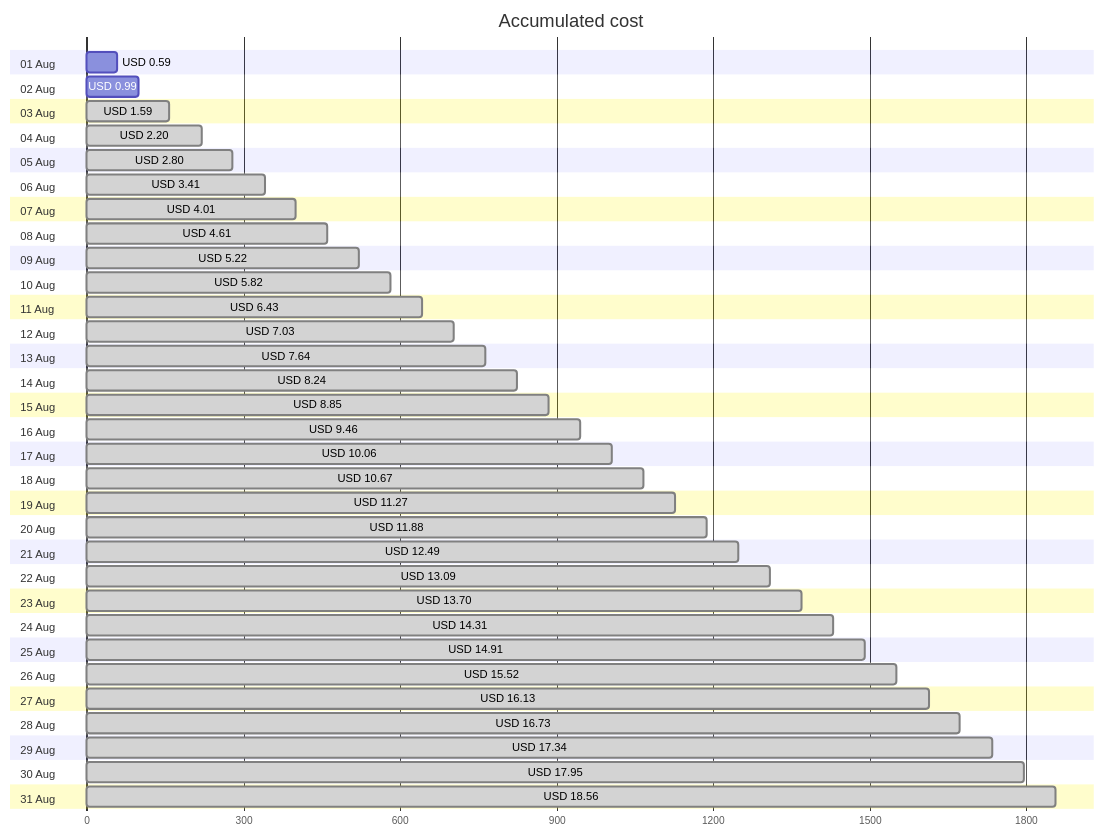
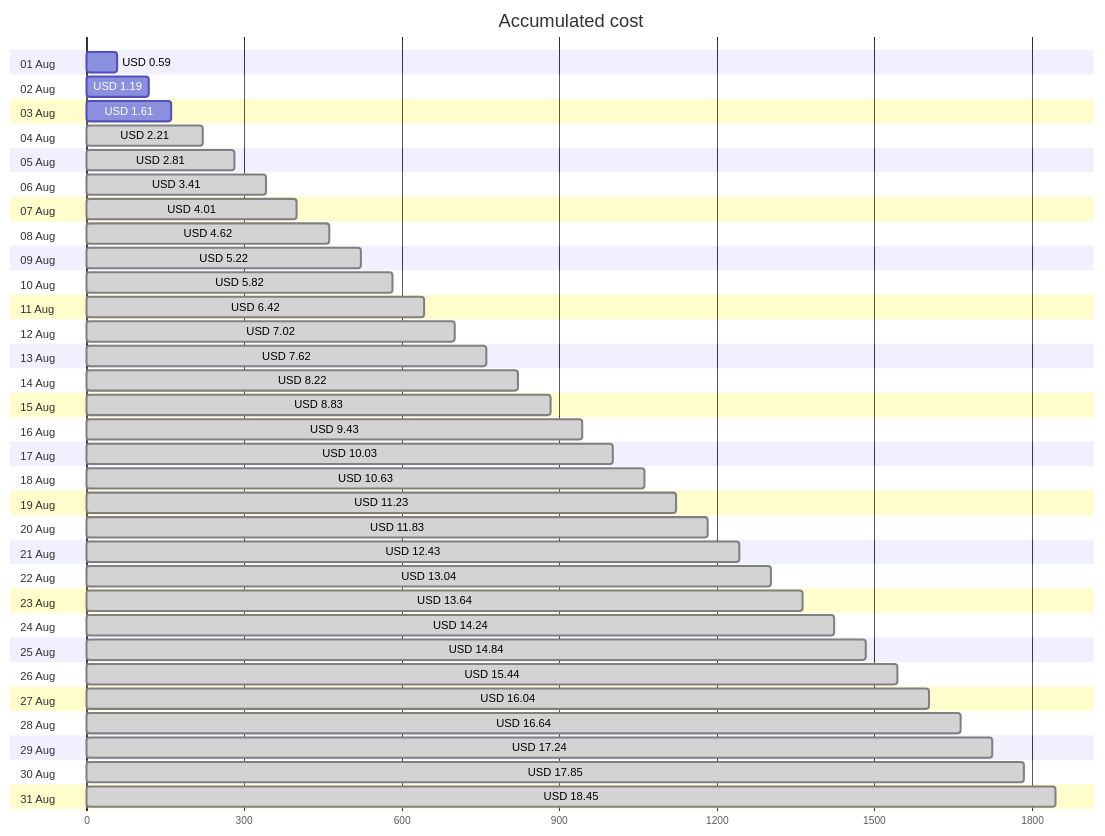
The first of 4 diagrams in cost-reports/personal-site/README.md (jpfulton/azure-personal-reports), drawn with Mermaid before and after one commit. The commit also changed other lines of this file and 6 other files, not shown here.

````diff
--- a/cost-reports/personal-site/README.md
+++ b/cost-reports/personal-site/README.md
@@ -20,68 +20,68 @@
 ```mermaid
 gantt
    title Accumulated cost
    dateFormat  X
    axisFormat %s
    section 01 Aug
    USD 0.59 :0, 59
    section 02 Aug
-   USD 0.99 :0, 99
+   USD 1.19 :0, 119
    section 03 Aug
-   USD 1.59 : done, 0, 159
+   USD 1.61 :0, 161
    section 04 Aug
-   USD 2.20 : done, 0, 220
+   USD 2.21 : done, 0, 221
    section 05 Aug
-   USD 2.80 : done, 0, 280
+   USD 2.81 : done, 0, 281
    section 06 Aug
    USD 3.41 : done, 0, 341
    section 07 Aug
    USD 4.01 : done, 0, 401
    section 08 Aug
-   USD 4.61 : done, 0, 461
+   USD 4.62 : done, 0, 462
    section 09 Aug
    USD 5.22 : done, 0, 522
    section 10 Aug
    USD 5.82 : done, 0, 582
    section 11 Aug
-   USD 6.43 : done, 0, 643
+   USD 6.42 : done, 0, 642
    section 12 Aug
-   USD 7.03 : done, 0, 703
+   USD 7.02 : done, 0, 702
    section 13 Aug
-   USD 7.64 : done, 0, 764
+   USD 7.62 : done, 0, 762
    section 14 Aug
-   USD 8.24 : done, 0, 824
+   USD 8.22 : done, 0, 822
    section 15 Aug
-   USD 8.85 : done, 0, 885
+   USD 8.83 : done, 0, 883
    section 16 Aug
-   USD 9.46 : done, 0, 946
+   USD 9.43 : done, 0, 943
    section 17 Aug
-   USD 10.06 : done, 0, 1006
+   USD 10.03 : done, 0, 1003
    section 18 Aug
-   USD 10.67 : done, 0, 1067
+   USD 10.63 : done, 0, 1063
    section 19 Aug
-   USD 11.27 : done, 0, 1127
+   USD 11.23 : done, 0, 1123
    section 20 Aug
-   USD 11.88 : done, 0, 1188
+   USD 11.83 : done, 0, 1183
    section 21 Aug
-   USD 12.49 : done, 0, 1249
+   USD 12.43 : done, 0, 1243
    section 22 Aug
-   USD 13.09 : done, 0, 1309
+   USD 13.04 : done, 0, 1304
    section 23 Aug
-   USD 13.70 : done, 0, 1370
+   USD 13.64 : done, 0, 1364
    section 24 Aug
-   USD 14.31 : done, 0, 1431
+   USD 14.24 : done, 0, 1424
    section 25 Aug
-   USD 14.91 : done, 0, 1491
+   USD 14.84 : done, 0, 1484
    section 26 Aug
-   USD 15.52 : done, 0, 1552
+   USD 15.44 : done, 0, 1544
    section 27 Aug
-   USD 16.13 : done, 0, 1613
+   USD 16.04 : done, 0, 1604
    section 28 Aug
-   USD 16.73 : done, 0, 1673
+   USD 16.64 : done, 0, 1664
    section 29 Aug
-   USD 17.34 : done, 0, 1734
+   USD 17.24 : done, 0, 1724
    section 30 Aug
-   USD 17.95 : done, 0, 1795
+   USD 17.85 : done, 0, 1785
    section 31 Aug
-   USD 18.56 : done, 0, 1856
+   USD 18.45 : done, 0, 1845
 ```
````
